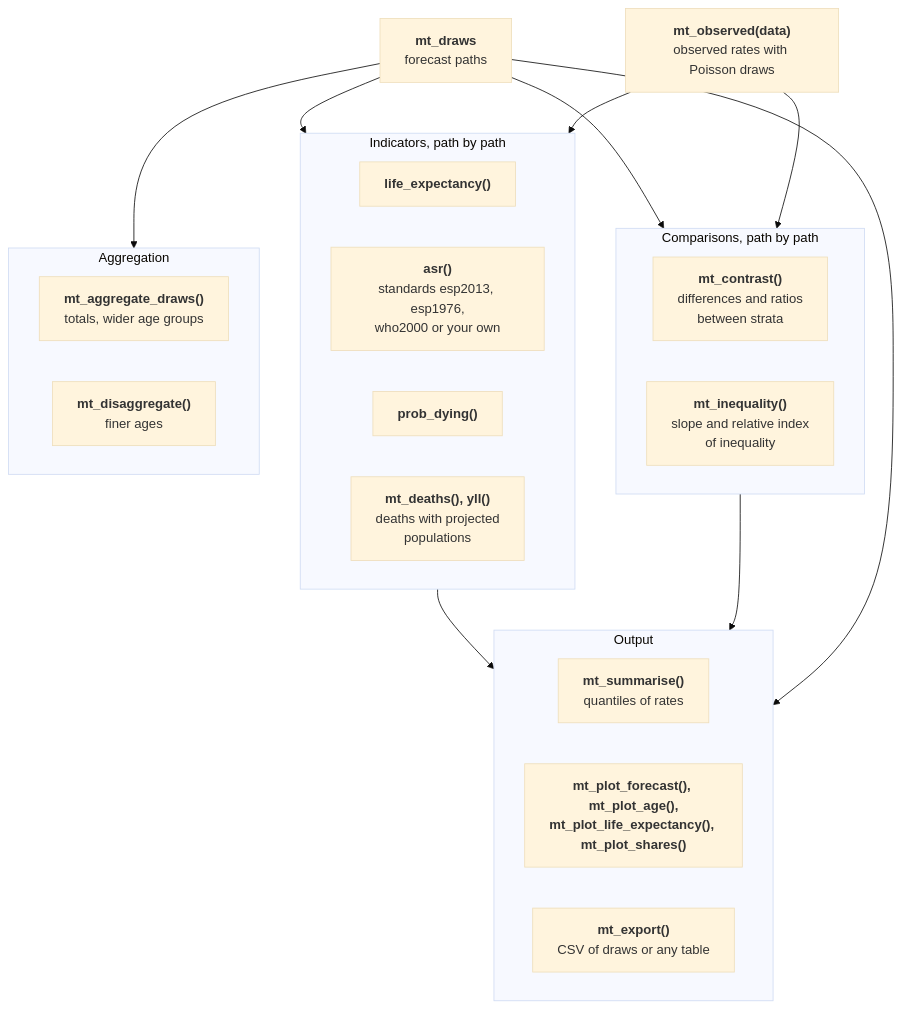
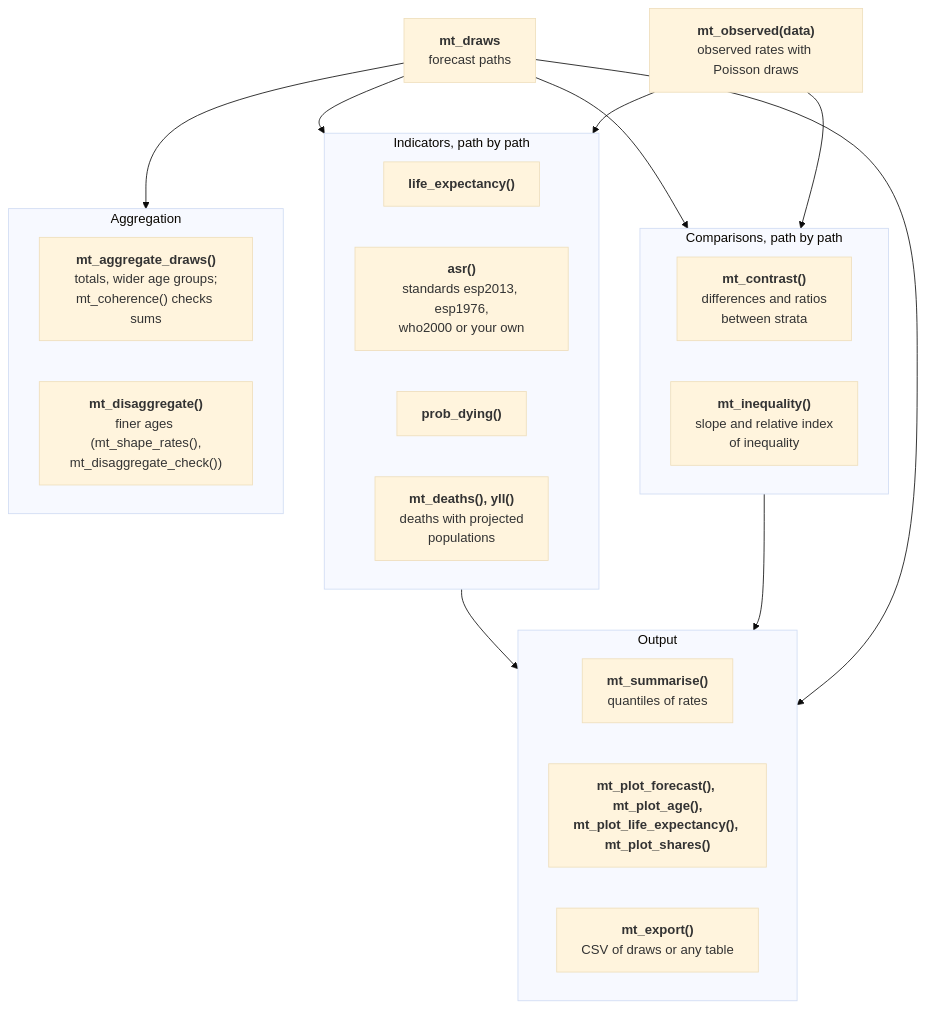
Before and after one commit to kalleEF/mortensor: the fifth of 5 diagrams in vignettes/articles/function-map.Rmd, drawn with Mermaid (base theme). The commit also changed other lines of this file and 64 other files, not shown here.

````diff
--- a/vignettes/articles/function-map.Rmd
+++ b/vignettes/articles/function-map.Rmd
@@ -188,51 +195,53 @@
 ```mermaid
 flowchart TD
   P["`**mt_draws**
   forecast paths`"]
   O["`**mt_observed(data)**
   observed rates with Poisson draws`"]
   subgraph IND["Indicators, path by path"]
     direction LR
     I1["`**life_expectancy()**`"]
     I2["`**asr()**
     standards esp2013, esp1976,
     who2000 or your own`"]
     I3["`**prob_dying()**`"]
     I4["`**mt_deaths(), yll()**
     deaths with projected
     populations`"]
   end
   subgraph COMP["Comparisons, path by path"]
     direction LR
     C1["`**mt_contrast()**
     differences and ratios
     between strata`"]
     C2["`**mt_inequality()**
     slope and relative index
     of inequality`"]
   end
   subgraph AGG["Aggregation"]
     direction LR
     G1["`**mt_aggregate_draws()**
-    totals, wider age groups`"]
+    totals, wider age groups;
+    mt_coherence() checks sums`"]
     G2["`**mt_disaggregate()**
-    finer ages`"]
+    finer ages (mt_shape_rates(),
+    mt_disaggregate_check())`"]
   end
   subgraph OUT["Output"]
     direction LR
     X1["`**mt_summarise()**
     quantiles of rates`"]
     X2["`**mt_plot_forecast(), mt_plot_age(),
     mt_plot_life_expectancy(), mt_plot_shares()**`"]
     X3["`**mt_export()**
     CSV of draws or any table`"]
   end
   P --> AGG
   P --> IND
   O --> IND
   P --> COMP
   O --> COMP
   IND --> OUT
   COMP --> OUT
   P --> OUT
 ```
````
